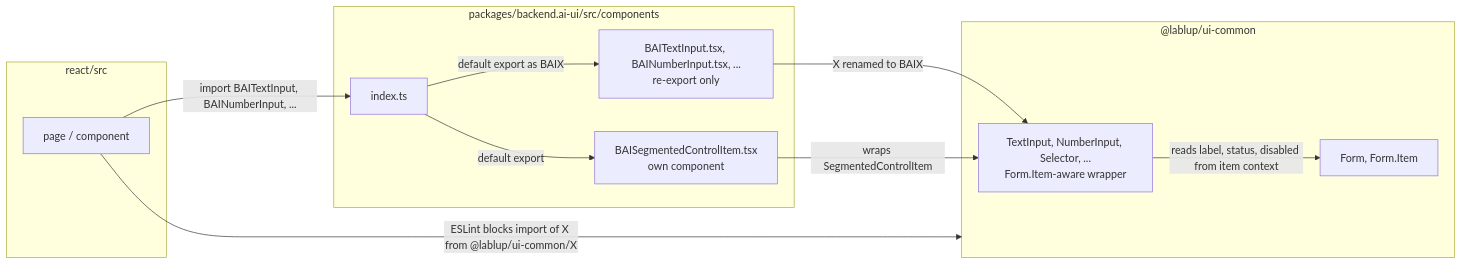
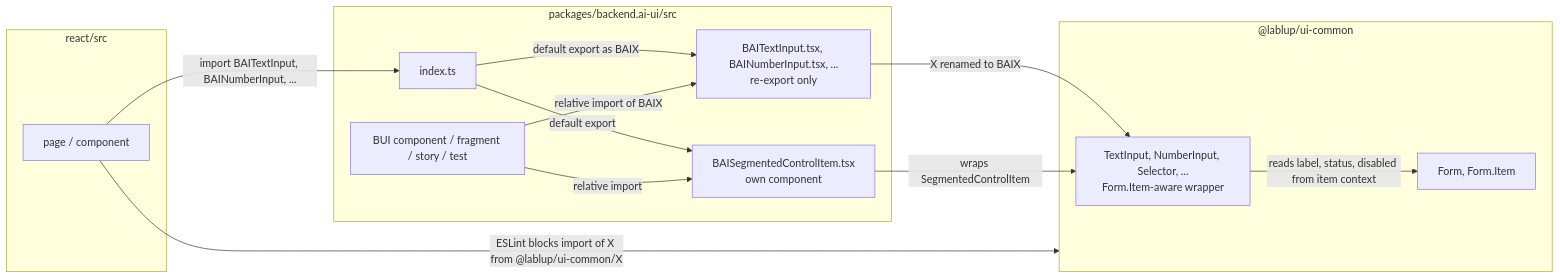
Before and after one commit to lablup/backend.ai-webui: the diagram in docs/adr/0014-bai-names-for-ui-common-form-controls.md, drawn with Mermaid. The commit also changed other lines of this file and 21 other files, not shown here.

````diff
--- a/docs/adr/0014-bai-names-for-ui-common-form-controls.md
+++ b/docs/adr/0014-bai-names-for-ui-common-form-controls.md
@@ -23,22 +24,25 @@
 ```mermaid
 flowchart LR
   subgraph react["react/src"]
     page["page / component"]
   end
-  subgraph bui["packages/backend.ai-ui/src/components"]
+  subgraph bui["packages/backend.ai-ui/src"]
+    buiuse["BUI component / fragment / story / test"]
     barrel["index.ts"]
     fc["BAITextInput.tsx, BAINumberInput.tsx, ...<br/>re-export only"]
     item["BAISegmentedControlItem.tsx<br/>own component"]
   end
   subgraph uic["@lablup/ui-common"]
     ctl["TextInput, NumberInput, Selector, ...<br/>Form.Item-aware wrapper"]
     form["Form, Form.Item"]
   end
   page -- "import BAITextInput, BAINumberInput, ..." --> barrel
   barrel -- "default export as BAIX" --> fc
   barrel -- "default export" --> item
+  buiuse -- "relative import of BAIX" --> fc
+  buiuse -- "relative import" --> item
   fc -- "X renamed to BAIX" --> ctl
   item -- "wraps SegmentedControlItem" --> ctl
   ctl -- "reads label, status, disabled from item context" --> form
   page -- "ESLint blocks import of X from @lablup/ui-common/X" --> uic
 ```
````
